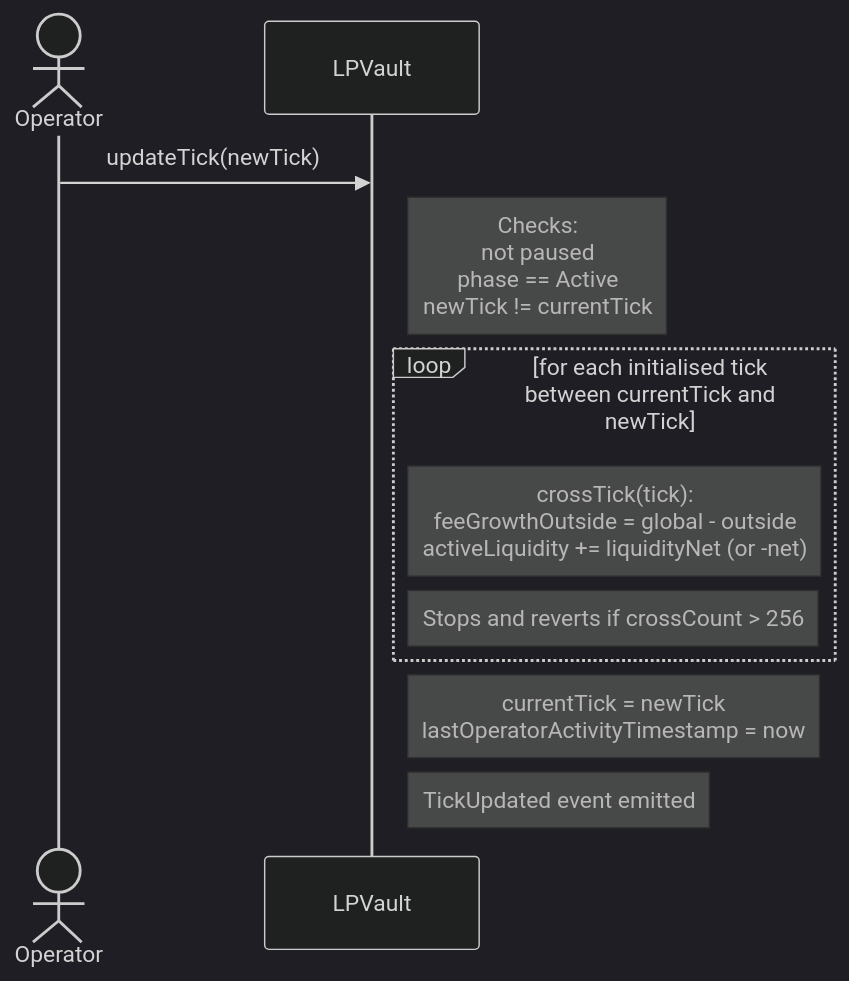
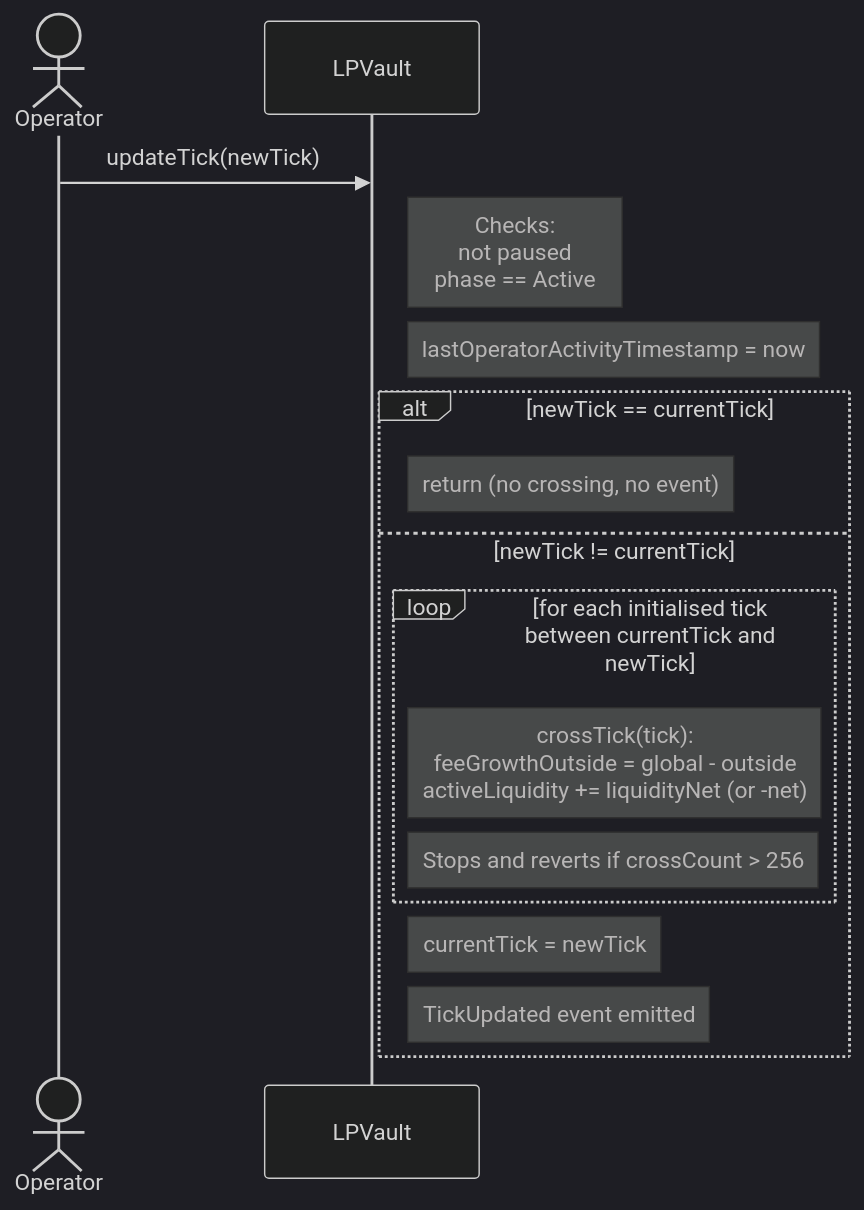
The ninth of 26 diagrams in REFERENCE.md (ProphetMarket/lp-vaults), drawn with Mermaid (dark theme) before and after one commit. The commit also changed other lines of this file and 3 other files, not shown here.

````diff
--- a/REFERENCE.md
+++ b/REFERENCE.md
@@ -343,16 +371,21 @@
 ```mermaid
 sequenceDiagram
     actor Operator
     participant Vault as LPVault
 
     Operator->>Vault: updateTick(newTick)
-    Note right of Vault: Checks:<br/>not paused<br/>phase == Active<br/>newTick != currentTick
+    Note right of Vault: Checks:<br/>not paused<br/>phase == Active
+    Note right of Vault: lastOperatorActivityTimestamp = now
 
-    loop for each initialised tick between currentTick and newTick
-        Note right of Vault: crossTick(tick):<br/>feeGrowthOutside = global - outside<br/>activeLiquidity += liquidityNet (or -net)
-        Note right of Vault: Stops and reverts if crossCount > 256
+    alt newTick == currentTick
+        Note right of Vault: return (no crossing, no event)
+    else newTick != currentTick
+        loop for each initialised tick between currentTick and newTick
+            Note right of Vault: crossTick(tick):<br/>feeGrowthOutside = global - outside<br/>activeLiquidity += liquidityNet (or -net)
+            Note right of Vault: Stops and reverts if crossCount > 256
+        end
+
+        Note right of Vault: currentTick = newTick
+        Note right of Vault: TickUpdated event emitted
     end
-
-    Note right of Vault: currentTick = newTick<br/>lastOperatorActivityTimestamp = now
-    Note right of Vault: TickUpdated event emitted
 ```
````
